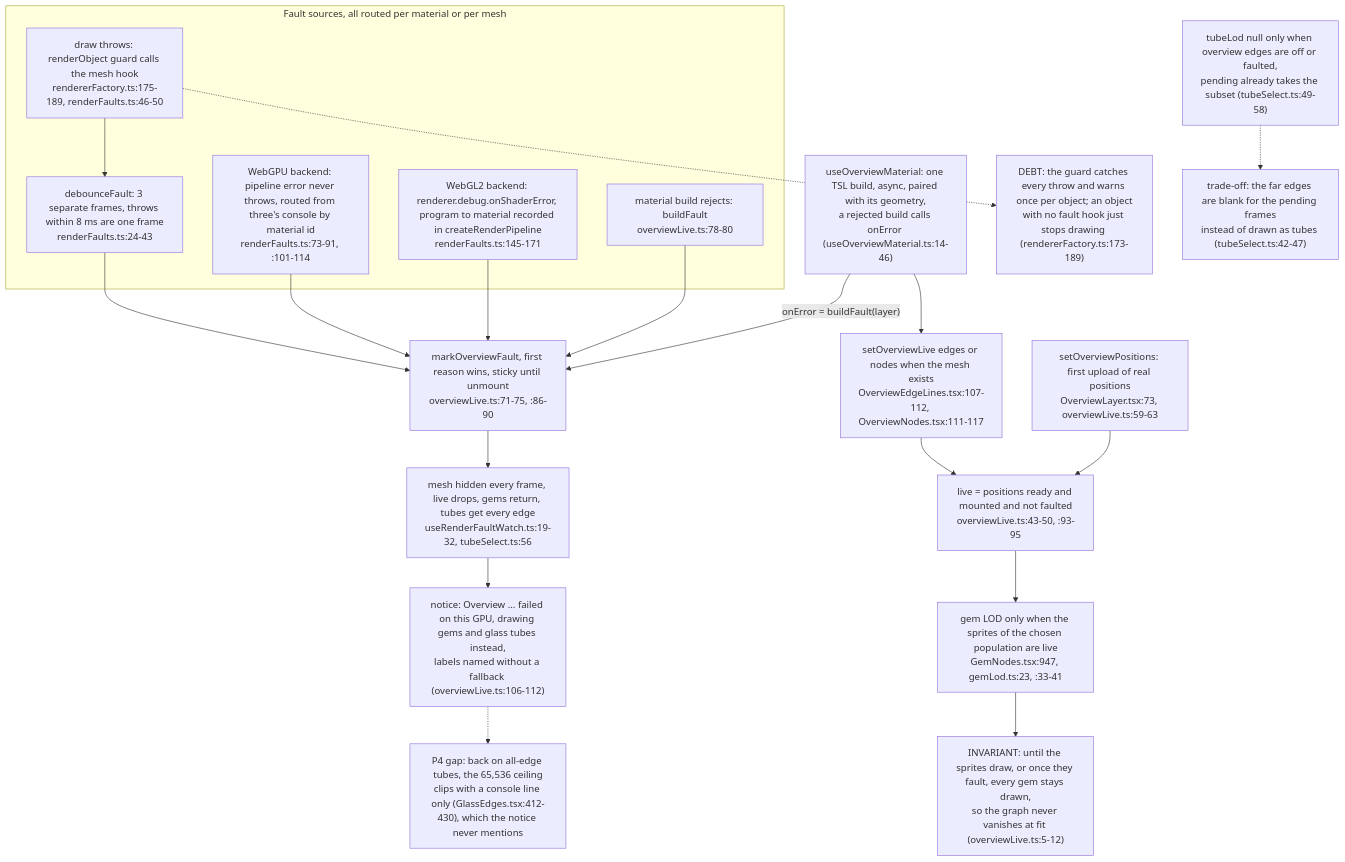
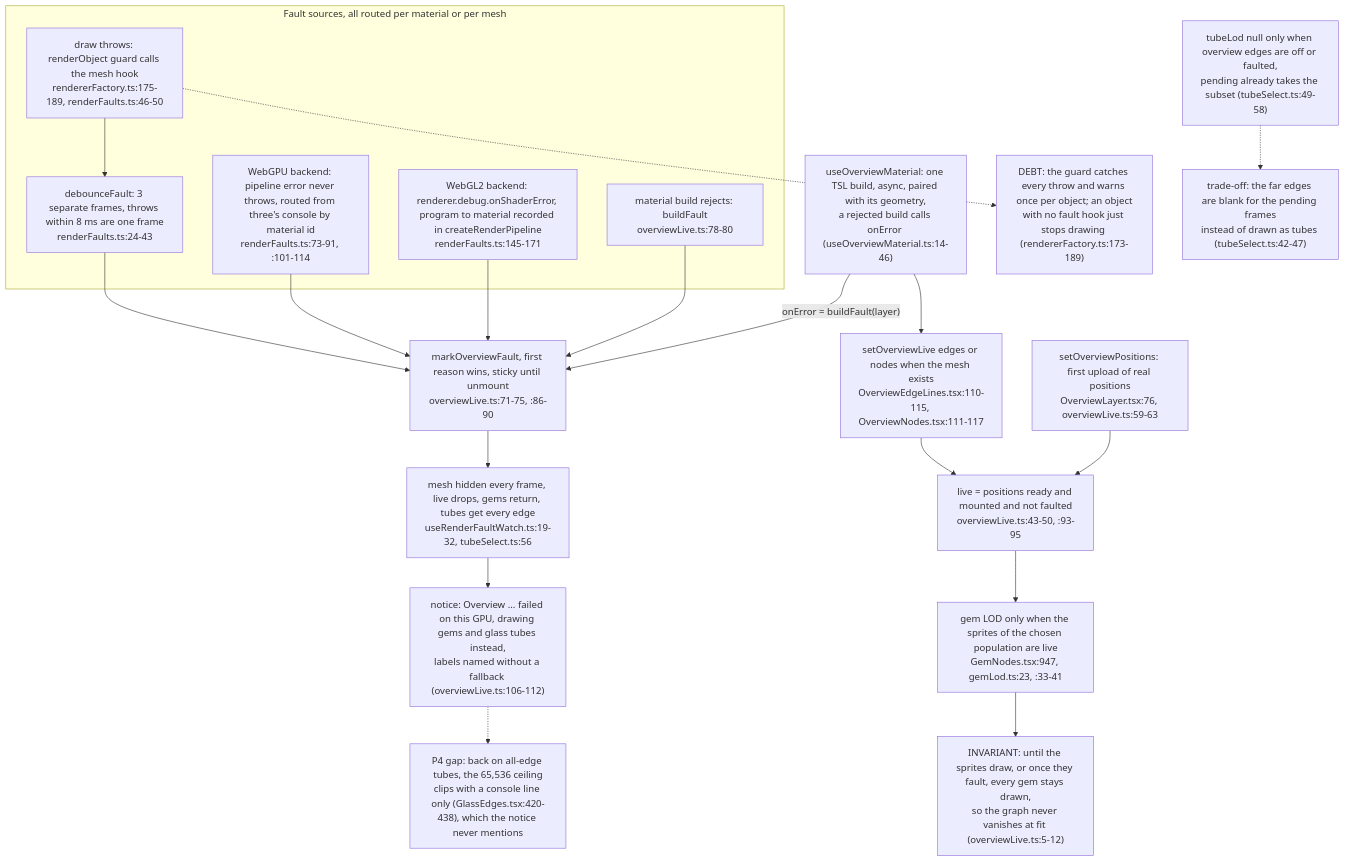
Before and after one commit to DreamLab-AI/VisionFlow: diagram 14 of 15 in docs/diagrams/visionclaw/31-client-graph-render-pipeline.md, drawn with Mermaid. The commit also changed other lines of this file and 7 other files, not shown here.

First line of the commit message:
diagrams(visionclaw): re-verify VC-25..28 and VC-30..33 at visionclaw 4900ec60b, agentbox 59b1aca1c

````diff
--- a/docs/diagrams/visionclaw/31-client-graph-render-pipeline.md
+++ b/docs/diagrams/visionclaw/31-client-graph-render-pipeline.md
@@ -743,27 +743,27 @@
 ```mermaid
 flowchart TB
     MB["useOverviewMaterial: one TSL build, async, paired with its geometry,<br/>a rejected build calls onError (useOverviewMaterial.ts:14-46)"]
     MB -->|"onError = buildFault(layer)"| MARK
-    MB --> LIVE["setOverviewLive edges or nodes when the mesh exists<br/>OverviewEdgeLines.tsx:107-112, OverviewNodes.tsx:111-117"]
-    POS["setOverviewPositions: first upload of real positions<br/>OverviewLayer.tsx:73, overviewLive.ts:59-63"] --> STATE
+    MB --> LIVE["setOverviewLive edges or nodes when the mesh exists<br/>OverviewEdgeLines.tsx:110-115, OverviewNodes.tsx:111-117"]
+    POS["setOverviewPositions: first upload of real positions<br/>OverviewLayer.tsx:76, overviewLive.ts:59-63"] --> STATE
     LIVE --> STATE["live = positions ready and mounted and not faulted<br/>overviewLive.ts:43-50, :93-95"]
     STATE --> GEMS["gem LOD only when the sprites of the chosen population are live<br/>GemNodes.tsx:947, gemLod.ts:23, :33-41"]
     TUBES["tubeLod null only when overview edges are off or faulted,<br/>pending already takes the subset (tubeSelect.ts:49-58)"]
     GEMS --> INV["INVARIANT: until the sprites draw, or once they fault, every gem stays drawn,<br/>so the graph never vanishes at fit (overviewLive.ts:5-12)"]
     subgraph F["Fault sources, all routed per material or per mesh"]
         G1["draw throws: renderObject guard calls the mesh hook<br/>rendererFactory.ts:175-189, renderFaults.ts:46-50"]
         G1 --> DEB["debounceFault: 3 separate frames, throws within 8 ms are one frame<br/>renderFaults.ts:24-43"]
         G2["WebGPU backend: pipeline error never throws, routed from three's console by material id<br/>renderFaults.ts:73-91, :101-114"]
         G3["WebGL2 backend: renderer.debug.onShaderError, program to material recorded in createRenderPipeline<br/>renderFaults.ts:145-171"]
         G4["material build rejects: buildFault<br/>overviewLive.ts:78-80"]
     end
     DEB --> MARK["markOverviewFault, first reason wins, sticky until unmount<br/>overviewLive.ts:71-75, :86-90"]
     G2 --> MARK
     G3 --> MARK
     G4 --> MARK
     MARK --> HIDE["mesh hidden every frame, live drops, gems return, tubes get every edge<br/>useRenderFaultWatch.ts:19-32, tubeSelect.ts:56"]
     HIDE --> TXT["notice: Overview ... failed on this GPU, drawing gems and glass tubes instead,<br/>labels named without a fallback (overviewLive.ts:106-112)"]
     G1 -.-> D1["DEBT: the guard catches every throw and warns once per object; an object<br/>with no fault hook just stops drawing (rendererFactory.ts:173-189)"]
-    TXT -.-> T1["P4 gap: back on all-edge tubes, the 65,536 ceiling<br/>clips with a console line only (GlassEdges.tsx:412-430), which the notice never mentions"]
+    TXT -.-> T1["P4 gap: back on all-edge tubes, the 65,536 ceiling<br/>clips with a console line only (GlassEdges.tsx:420-438), which the notice never mentions"]
     TUBES -.-> TR["trade-off: the far edges are blank for the pending frames<br/>instead of drawn as tubes (tubeSelect.ts:42-47)"]
 ```
````
